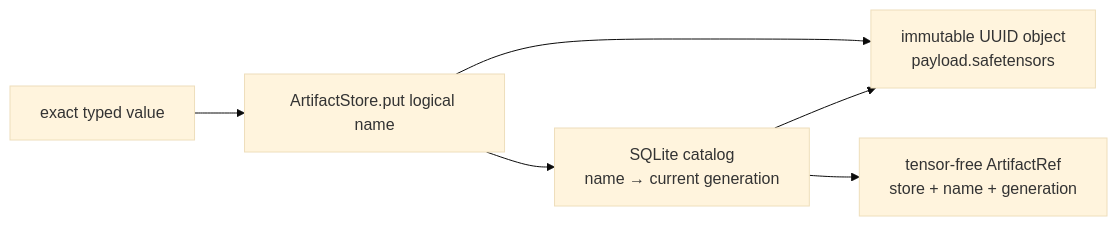
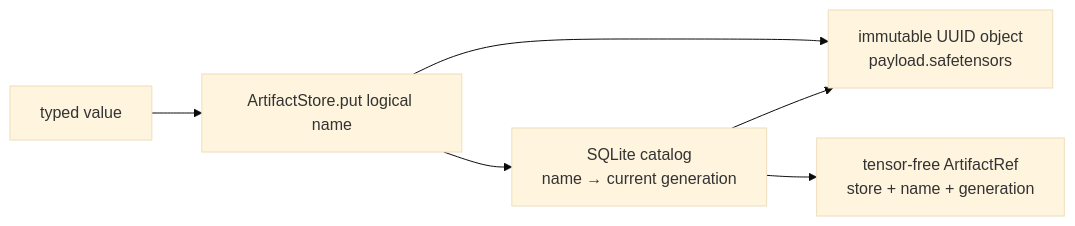
One commit to visualDust/fhelium changed the second of 3 diagrams in docs/concepts/execution/serialization-and-artifacts.md. Above: the diagram before and after it, drawn with Mermaid (base theme). The commit also changed other lines of this file and 222 other files, not shown here.

````diff
--- a/docs/concepts/execution/serialization-and-artifacts.md
+++ b/docs/concepts/execution/serialization-and-artifacts.md
@@ -82,13 +82,13 @@
 ```mermaid
 graph LR
-    VALUE[exact typed value]
+    VALUE[typed value]
     PUT[ArtifactStore.put logical name]
     OBJECT[immutable UUID object<br/>payload.safetensors]
     CATALOG[SQLite catalog<br/>name → current generation]
     REF[tensor-free ArtifactRef<br/>store + name + generation]
     VALUE --> PUT
     PUT --> OBJECT
     PUT --> CATALOG
     CATALOG --> OBJECT
     CATALOG --> REF
 ```
````
